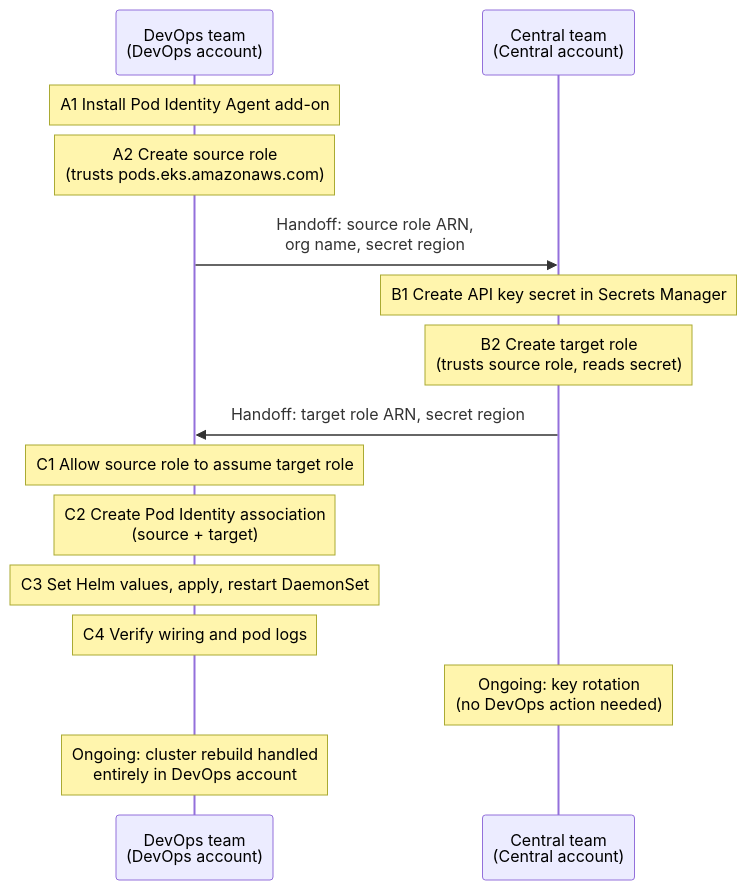
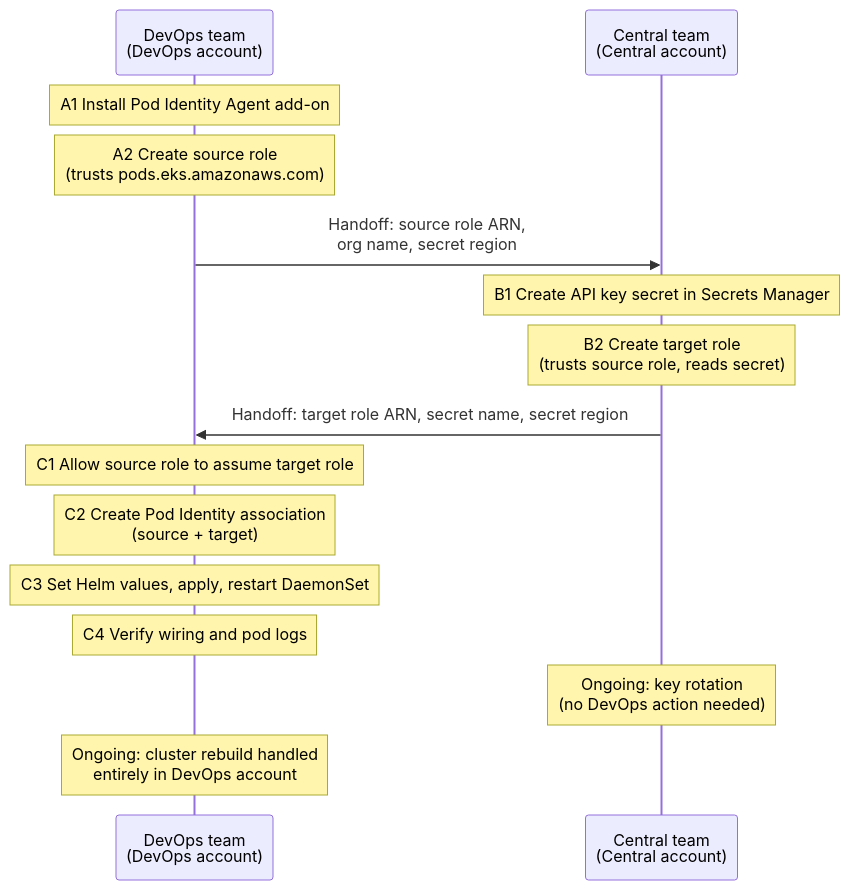
Before and after one commit to step-security/gha-runner-job-hooks-keyless: the fifth of 5 diagrams in docs/k8s-keyless-mode-customer-setup.md, drawn with Mermaid. The commit also changed other lines of this file, not shown here.

First line of the commit message:
feat: add support for Artifactory-based reader role for ARC agent

````diff
--- a/docs/k8s-keyless-mode-customer-setup.md
+++ b/docs/k8s-keyless-mode-customer-setup.md
@@ -587,19 +829,19 @@
 ```mermaid
 sequenceDiagram
     participant D as DevOps team<br/>(DevOps account)
     participant C as Central team<br/>(Central account)
 
     Note over D: A1 Install Pod Identity Agent add-on
     Note over D: A2 Create source role<br/>(trusts pods.eks.amazonaws.com)
     D->>C: Handoff: source role ARN,<br/>org name, secret region
     Note over C: B1 Create API key secret in Secrets Manager
     Note over C: B2 Create target role<br/>(trusts source role, reads secret)
-    C->>D: Handoff: target role ARN, secret region
+    C->>D: Handoff: target role ARN, secret name, secret region
     Note over D: C1 Allow source role to assume target role
     Note over D: C2 Create Pod Identity association<br/>(source + target)
     Note over D: C3 Set Helm values, apply, restart DaemonSet
     Note over D: C4 Verify wiring and pod logs
 
     Note over C: Ongoing: key rotation<br/>(no DevOps action needed)
     Note over D: Ongoing: cluster rebuild handled<br/>entirely in DevOps account
 ```
````
